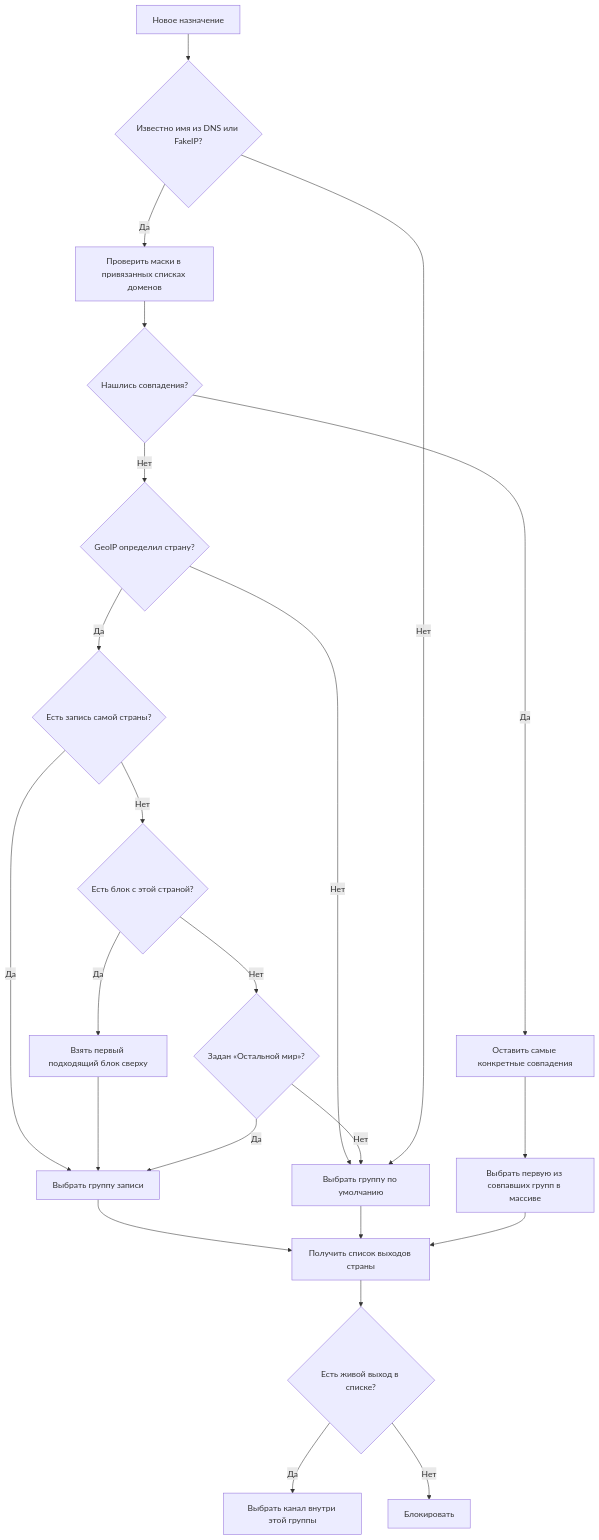
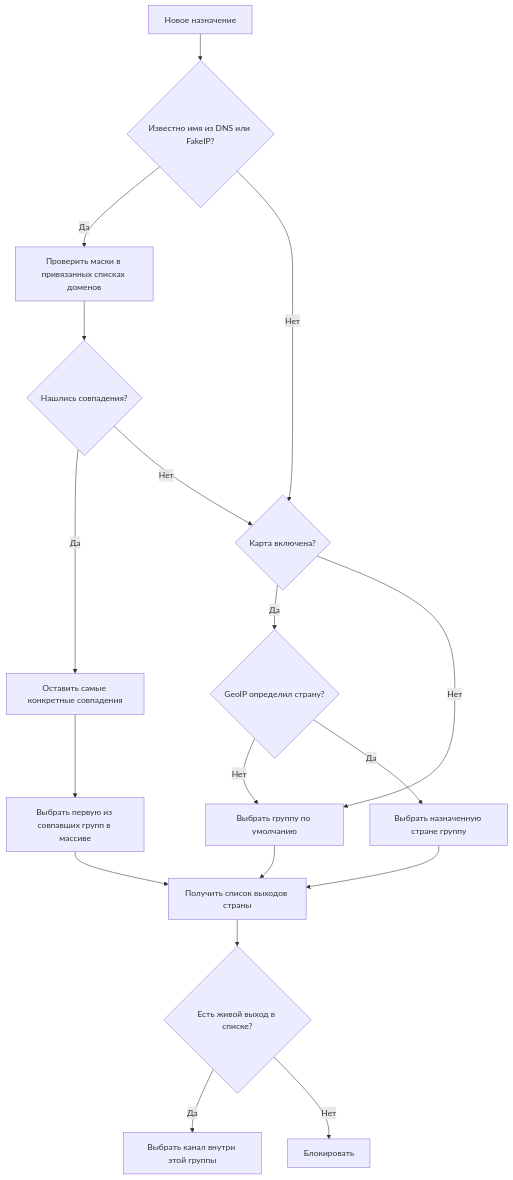
One commit to Artik-Man/Hestia changed the sixth of 7 diagrams in docs/architecture.md. Above: the diagram before and after it, drawn with Mermaid. The commit also changed 90 other files, not shown here.

````diff
--- a/docs/architecture.md
+++ b/docs/architecture.md
@@ -135,25 +135,20 @@
 ```mermaid
 flowchart TD
     Request["Новое назначение"] --> Name{"Известно имя из DNS или FakeIP?"}
     Name -->|Да| Match["Проверить маски в привязанных списках доменов"]
     Match --> Best{"Нашлись совпадения?"}
     Best -->|Да| Specific["Оставить самые конкретные совпадения"]
     Specific --> Ranked["Выбрать первую из совпавших групп в массиве"]
-    Best -->|Нет| Known{"GeoIP определил страну?"}
+    Best -->|Нет| Enabled{"Карта включена?"}
+    Name -->|Нет| Enabled
+    Enabled -->|Да| Known{"GeoIP определил страну?"}
+    Enabled -->|Нет| Default["Выбрать группу по умолчанию"]
     Known -->|Нет| Default
-    Known -->|Да| Country{"Есть запись самой страны?"}
-    Country -->|Да| Mapped["Выбрать группу записи"]
-    Country -->|Нет| Bloc{"Есть блок с этой страной?"}
-    Bloc -->|Да| First["Взять первый подходящий блок сверху"]
-    First --> Mapped
-    Bloc -->|Нет| World{"Задан «Остальной мир»?"}
-    World -->|Да| Mapped
-    World -->|Нет| Default["Выбрать группу по умолчанию"]
+    Known -->|Да| Mapped["Выбрать назначенную стране группу"]
     Mapped --> Group
-    Name -->|Нет| Default
     Default --> Group["Получить список выходов страны"]
     Ranked --> Group
     Group --> Live{"Есть живой выход в списке?"}
     Live -->|Да| Select["Выбрать канал внутри этой группы"]
     Live -->|Нет| Block["Блокировать"]
 ```
````
